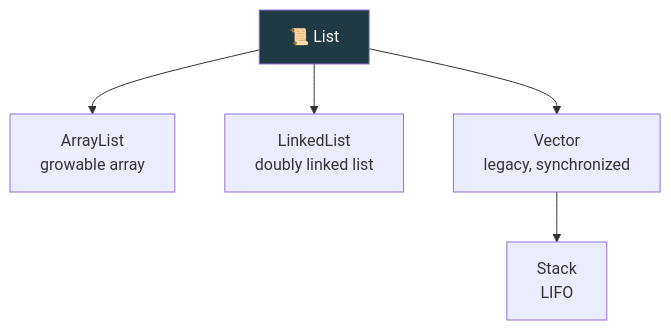
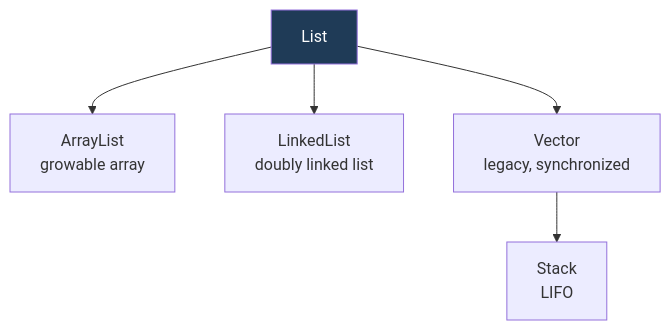
One commit to kundankumarsharma56/Leaning-Java changed the first of 3 diagrams in src/Theory/08-Collections-Framework/02-List-Interface.md. Above: the diagram before and after it, drawn with Mermaid. The commit also changed other lines of this file and 84 other files, not shown here.

````diff
--- a/src/Theory/08-Collections-Framework/02-List-Interface.md
+++ b/src/Theory/08-Collections-Framework/02-List-Interface.md
@@ -21,7 +21,7 @@
 ```mermaid
 flowchart TD
-    L["📜 List"] --> A["ArrayList<br/>growable array"]
+    L["List"] --> A["ArrayList<br/>growable array"]
     L --> LL["LinkedList<br/>doubly linked list"]
     L --> V["Vector<br/>legacy, synchronized"] --> S["Stack<br/>LIFO"]
-    style L fill:#203a43,color:#fff
+    style L fill:#1f3b57,color:#fff
 ```
````
